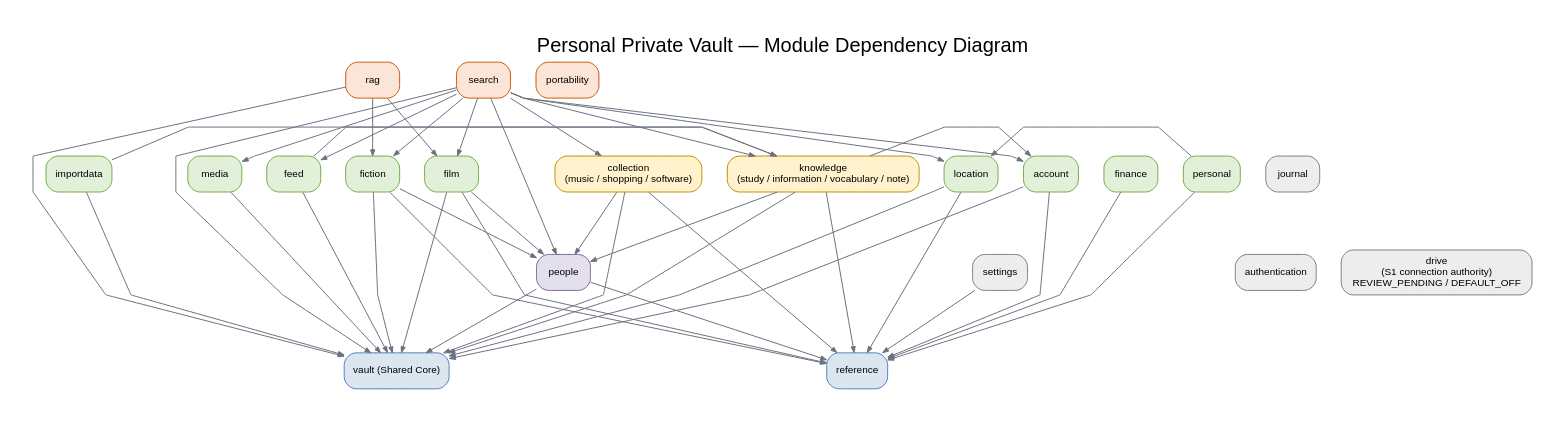
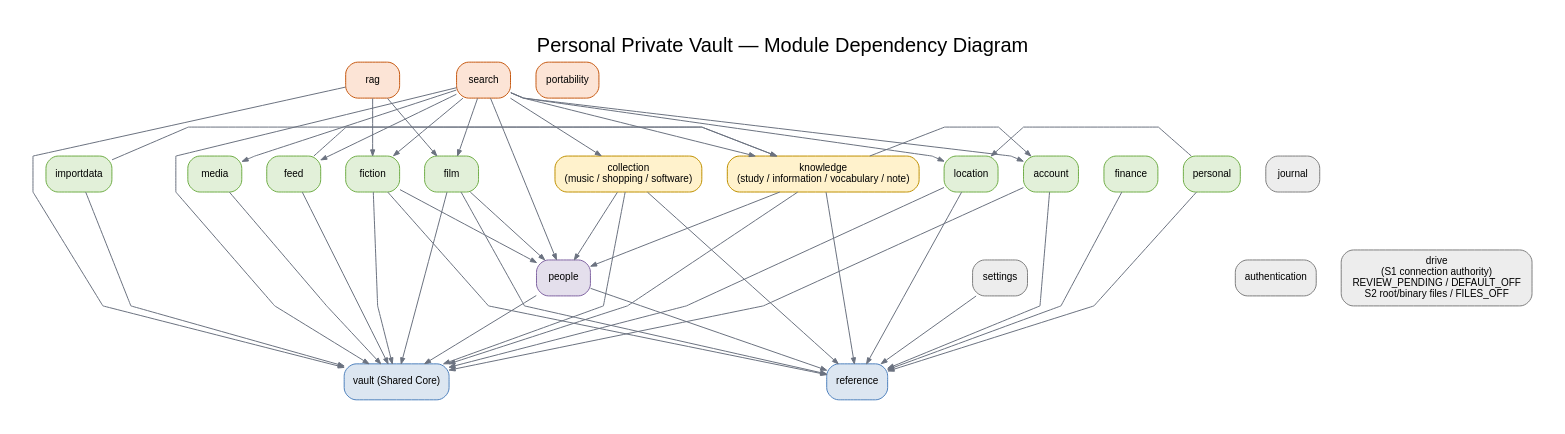
One commit to vhvkhangg/personal-private-vault changed the diagram in docs/architecture/diagrams/source/module-dependencies.dot. Above: the diagram before and after it, drawn with Graphviz. The commit also changed 82 other files, not shown here.

Commit message:
feat(drive): add app-owned folder and binary file operations

```diff
--- a/docs/architecture/diagrams/source/module-dependencies.dot
+++ b/docs/architecture/diagrams/source/module-dependencies.dot
@@ -1,72 +1,72 @@
 digraph Modules {
 graph [rankdir=TB, bgcolor="white", pad=0.35, nodesep=0.35, ranksep=0.8, splines=polyline, label="Personal Private Vault — Module Dependency Diagram", labelloc=t, fontsize=20, fontname="Arial"];
 node [shape=box, style="rounded,filled", fontname="Arial", fontsize=10, margin="0.14,0.08"];
 edge [color="#6B7280", arrowsize=0.6, penwidth=1.0];
 search [label="search", fillcolor="#FCE4D6", color="#C65911"];
 portability [label="portability", style="rounded,filled", fillcolor="#FCE4D6", color="#C65911"];
 feed [label="feed", fillcolor="#E2F0D9", color="#70AD47"];
 importdata [label="importdata", fillcolor="#E2F0D9", color="#70AD47"];
 knowledge [label="knowledge\n(study / information / vocabulary / note)", fillcolor="#FFF2CC", color="#BF9000"];
 collection [label="collection\n(music / shopping / software)", fillcolor="#FFF2CC", color="#BF9000"];
 account [label="account", fillcolor="#E2F0D9", color="#70AD47"];
 fiction [label="fiction", fillcolor="#E2F0D9", color="#70AD47"];
 film [label="film", fillcolor="#E2F0D9", color="#70AD47"];
 media [label="media", fillcolor="#E2F0D9", color="#70AD47"];
 location [label="location", fillcolor="#E2F0D9", color="#70AD47"];
 finance [label="finance", fillcolor="#E2F0D9", color="#70AD47"];
 journal [label="journal", fillcolor="#EDEDED", color="#7F7F7F"];
 personal [label="personal", fillcolor="#E2F0D9", color="#70AD47"];
 people [label="people", fillcolor="#E4DFEC", color="#8064A2"];
 settings [label="settings", fillcolor="#EDEDED", color="#7F7F7F"];
 authentication [label="authentication", fillcolor="#EDEDED", color="#7F7F7F"];
-drive [label="drive\n(S1 connection authority)\nREVIEW_PENDING / DEFAULT_OFF", fillcolor="#EDEDED", color="#7F7F7F"];
+drive [label="drive\n(S1 connection authority)\nREVIEW_PENDING / DEFAULT_OFF\nS2 root/binary files / FILES_OFF", fillcolor="#EDEDED", color="#7F7F7F"];
 vault [label="vault (Shared Core)", fillcolor="#DCE6F1", color="#4F81BD"];
 reference [label="reference", fillcolor="#DCE6F1", color="#4F81BD"];
 rag [label="rag", fillcolor="#FCE4D6", color="#C65911"];
 rag -> vault;
 rag -> fiction;
 rag -> film;
 {rank=same; search portability rag}
 {rank=same; feed importdata knowledge collection account}
 {rank=same; fiction film media location finance journal personal}
 {rank=same; people settings authentication drive}
 {rank=same; vault reference}
 settings -> reference;
 people -> vault;
 people -> reference;
 fiction -> vault;
 fiction -> people;
 fiction -> reference;
 film -> vault;
 film -> people;
 film -> reference;
 media -> vault;
 location -> vault;
 location -> reference;
 knowledge -> vault;
 knowledge -> people;
 knowledge -> reference;
 knowledge -> account;
 collection -> vault;
 collection -> people;
 collection -> reference;
 account -> vault;
 account -> reference;
 feed -> vault;
 feed -> knowledge;
 importdata -> vault;
 importdata -> knowledge;
 finance -> reference;
 personal -> reference;
 personal -> location;
 search -> vault;
 search -> people;
 search -> fiction;
 search -> film;
 search -> media;
 search -> location;
 search -> knowledge;
 search -> collection;
 search -> account;
 search -> feed;
 }
```
